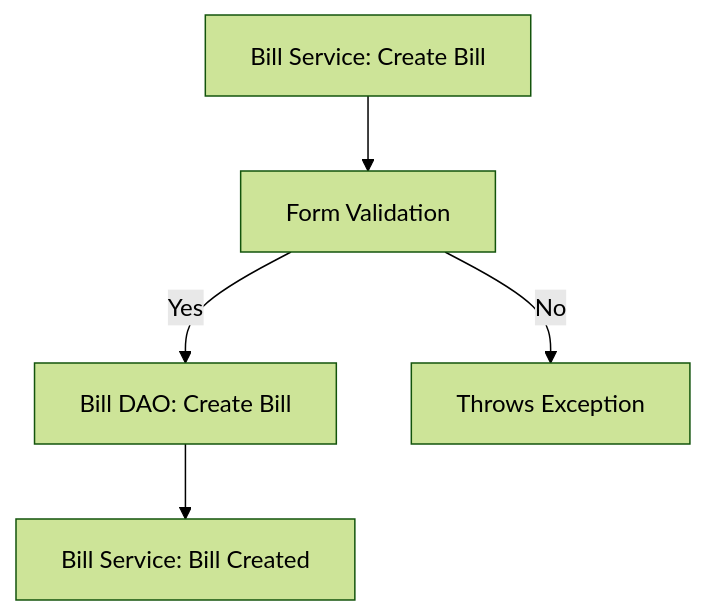
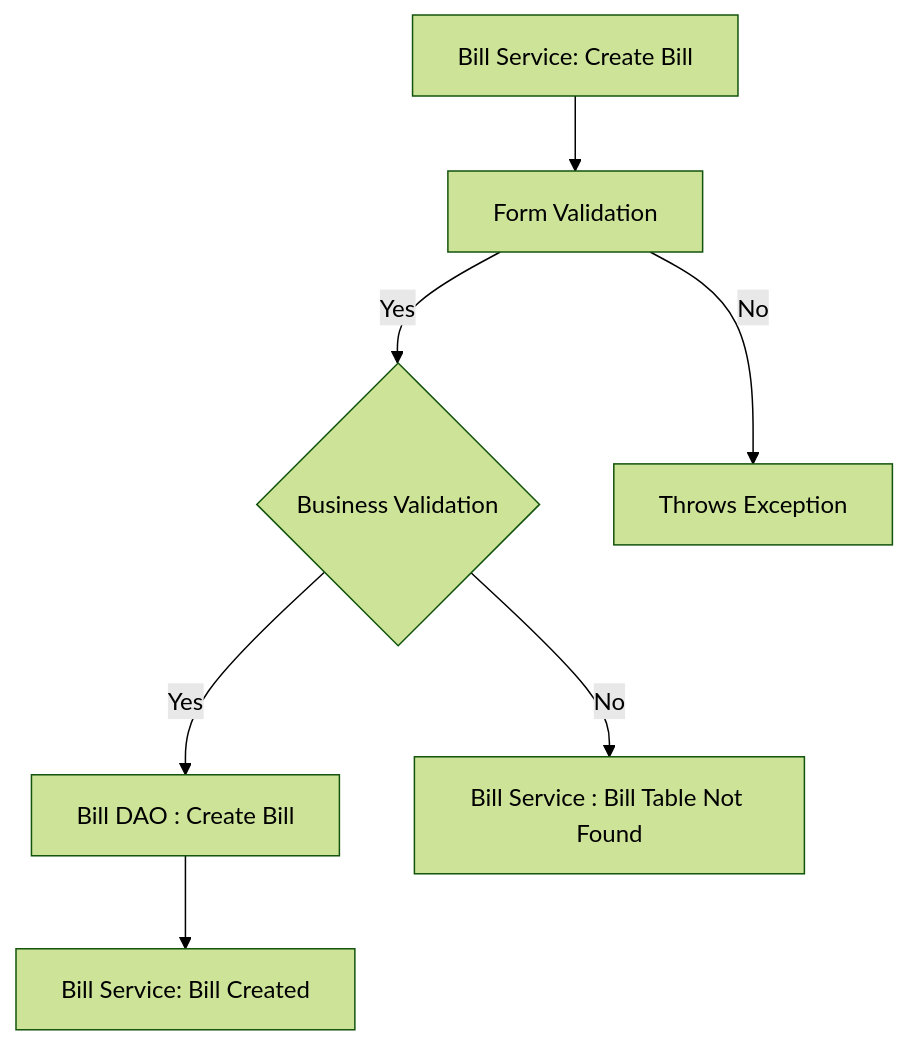
Diagram 13 of 16 in README.md (fssa-batch3/sec_b_maruthan.alagar__corejava_project_2), drawn with Mermaid (forest theme) before and after one commit. The commit also changed other lines of this file, not shown here.

````diff
--- a/README.md
+++ b/README.md
@@ -498,9 +502,11 @@
 ```mermaid
 graph  TD;
 
 A[Bill Service: Create Bill]  -->  B[Form Validation]
-B  -- Yes -->  D[Bill DAO: Create Bill]
+B  -- Yes -->  C{Business Validation}
 B -- No --> F[Throws Exception]
+C -- Yes --> D[Bill DAO : Create Bill]
+C -- No --> G[Bill Service : Bill Table Not Found]
 D  -->  E[Bill Service: Bill Created ]
 
 ```
````
